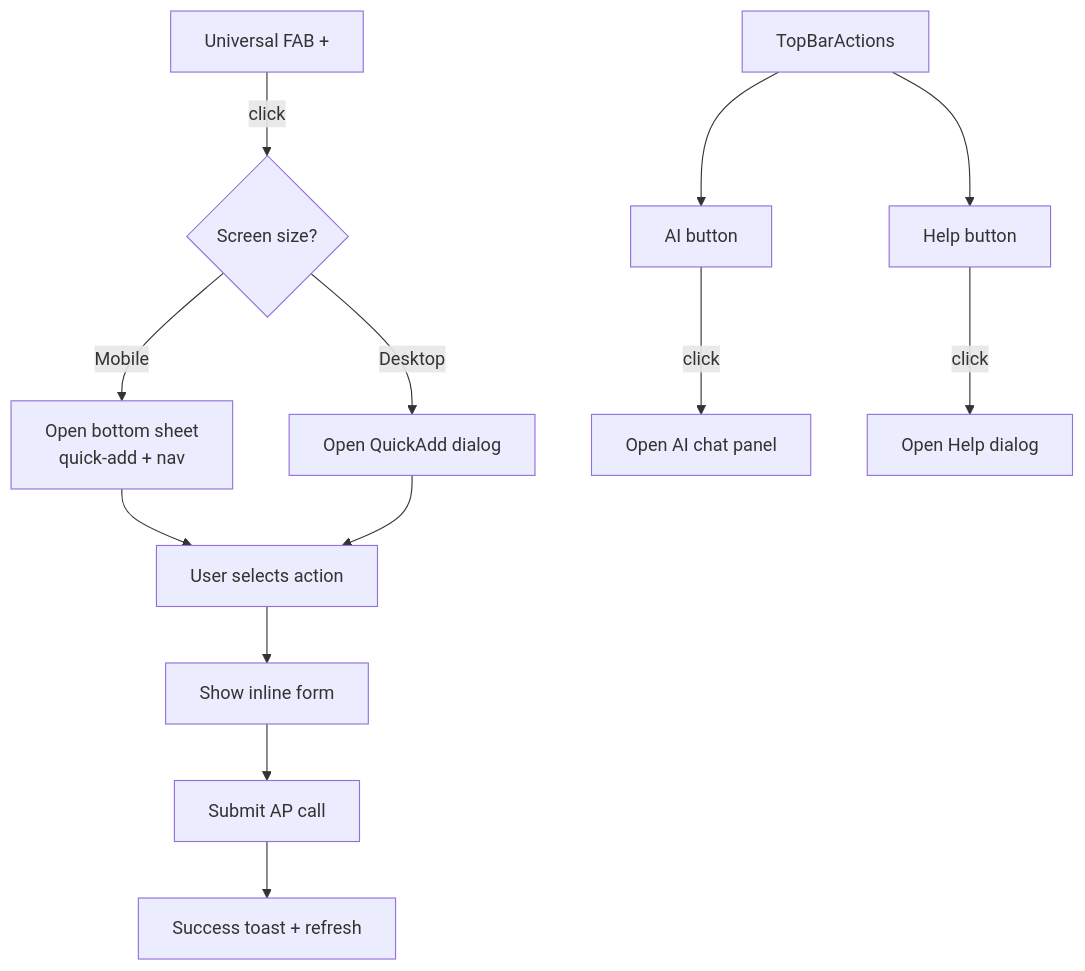
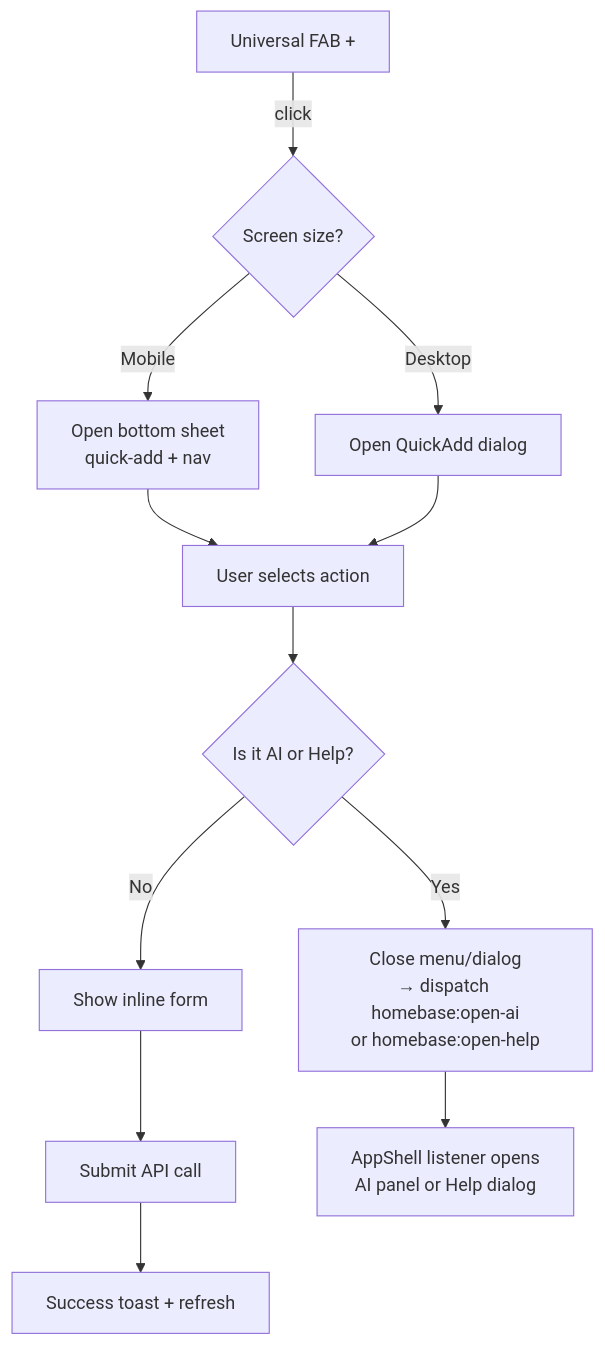
One commit to Blackbird71-ux/homebase changed the diagram in docs/feature-unified-fab-top-right-actions-2026-05-09.md. Above: the diagram before and after it, drawn with Mermaid. The commit also changed other lines of this file and 4 other files, not shown here.

Commit message:
feat: merge AI and Help into the + quick add menu

````diff
--- a/docs/feature-unified-fab-top-right-actions-2026-05-09.md
+++ b/docs/feature-unified-fab-top-right-actions-2026-05-09.md
@@ -184,16 +165,14 @@
 ```mermaid
 flowchart TD
-    A[Universal FAB +] -->|click| B{Screen size?}
-    B -->|Mobile| C[Open bottom sheet<br/>quick-add + nav]
-    B -->|Desktop| D[Open QuickAdd dialog]
-    C --> E[User selects action]
+    A["Universal FAB +"] -->|click| B{Screen size?}
+    B -->|Mobile| C["Open bottom sheet<br/>quick-add + nav"]
+    B -->|Desktop| D["Open QuickAdd dialog"]
+    C --> E["User selects action"]
     D --> E
-    E --> F[Show inline form]
-    F --> G[Submit AP call]
-    G --> H[Success toast + refresh]
-
-    I[TopBarActions] --> J[AI button]
-    I --> K[Help button]
-    J -->|click| L[Open AI chat panel]
-    K -->|click| M[Open Help dialog]
+    E --> F{Is it AI or Help?}
+    F -->|Yes| G["Close menu/dialog<br/>→ dispatch homebase:open-ai<br/>or homebase:open-help"]
+    F -->|No| H["Show inline form"]
+    H --> I["Submit API call"]
+    I --> J["Success toast + refresh"]
+    G --> K["AppShell listener opens<br/>AI panel or Help dialog"]
 ```
````
